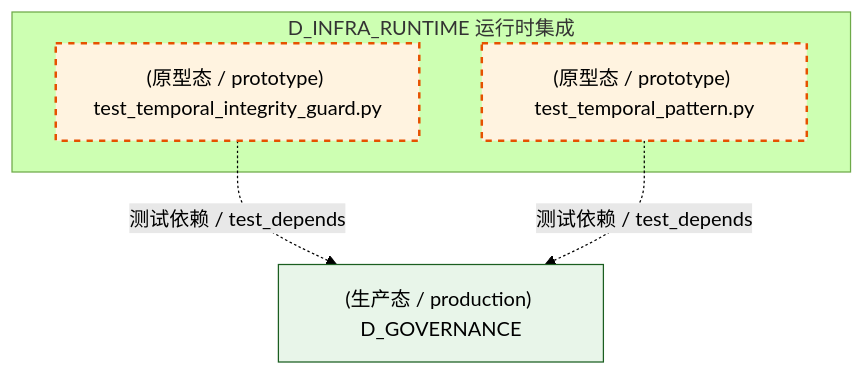
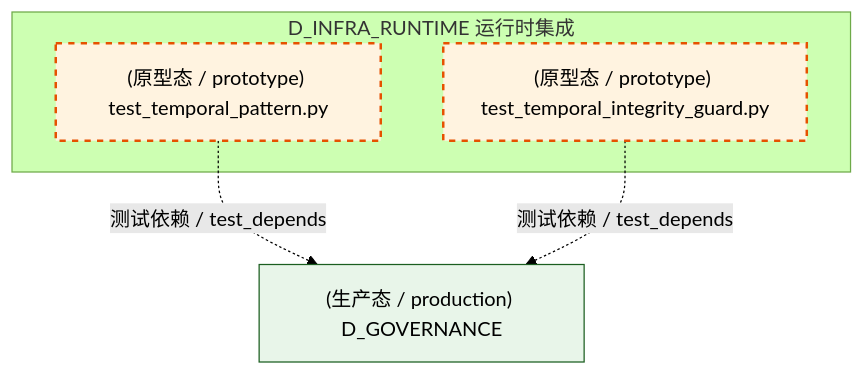
Before and after one commit to xuanFelixVan/ZephyrAlpha: diagram 11 of 15 in docs/02_enterprise_architecture/02_domain_architecture_docs/04_d_infra_runtime.md, drawn with Mermaid (forest theme). The commit also changed other lines of this file and 122 other files, not shown here.

````diff
--- a/docs/02_enterprise_architecture/02_domain_architecture_docs/04_d_infra_runtime.md
+++ b/docs/02_enterprise_architecture/02_domain_architecture_docs/04_d_infra_runtime.md
@@ -1256,16 +1254,16 @@
 ```mermaid
 graph TD
     subgraph D_INFRA_RUNTIME["D_INFRA_RUNTIME 运行时集成"]
         tests_temporal_test_temporal_integrity_guard_py["(原型态 / prototype) test_temporal_integrity_guard.py"]
         tests_temporal_test_temporal_pattern_py["(原型态 / prototype) test_temporal_pattern.py"]
     end
     D_GOVERNANCE["(生产态 / production) D_GOVERNANCE"]
+    tests_temporal_test_temporal_pattern_py -.->|测试依赖 / test_depends| D_GOVERNANCE
     tests_temporal_test_temporal_integrity_guard_py -.->|测试依赖 / test_depends| D_GOVERNANCE
-    tests_temporal_test_temporal_pattern_py -.->|测试依赖 / test_depends| D_GOVERNANCE
     classDef production fill:#e1f5fe,stroke:#01579b,stroke-width:2px,color:#000
     classDef design fill:#fff3e0,stroke:#e65100,stroke-width:2px,color:#000,stroke-dasharray: 5 5
     classDef external_prod fill:#e8f5e9,stroke:#1b5e20,stroke-width:1px,color:#000
     classDef external_design fill:#fce4ec,stroke:#880e4f,stroke-width:1px,color:#000,stroke-dasharray: 5 5
     class tests_temporal_test_temporal_integrity_guard_py,tests_temporal_test_temporal_pattern_py design
     class D_GOVERNANCE external_prod
 ```
````
